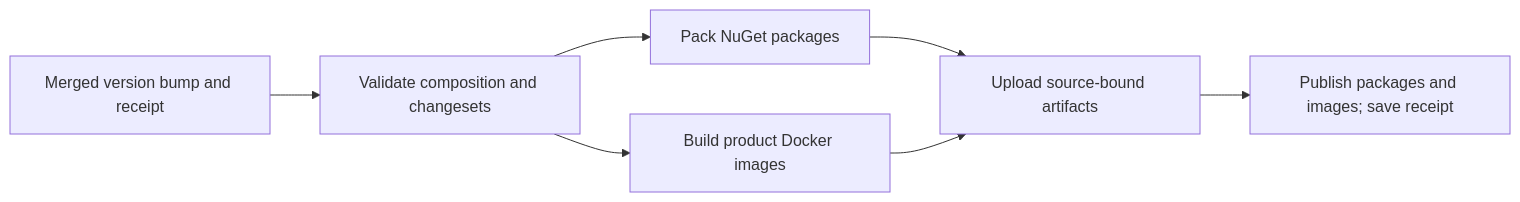
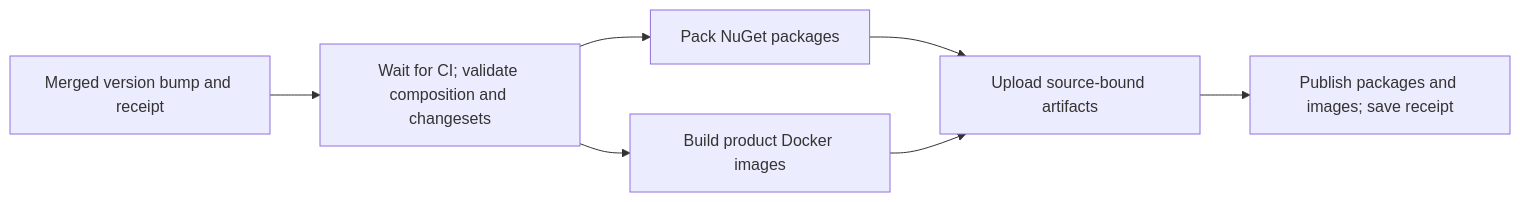
One commit to sabbour/agentweaver changed the first of 2 diagrams in releases/README.md. Above: the diagram before and after it, drawn with Mermaid. The commit also changed other lines of this file and 6 other files, not shown here.

````diff
--- a/releases/README.md
+++ b/releases/README.md
@@ -480,9 +482,9 @@
 ```mermaid
 flowchart LR
-  Bump["Merged version bump and receipt"] --> Validate["Validate composition and changesets"]
+  Bump["Merged version bump and receipt"] --> Validate["Wait for CI; validate composition and changesets"]
   Validate --> Packages["Pack NuGet packages"]
   Validate --> Images["Build product Docker images"]
   Packages --> Artifacts["Upload source-bound artifacts"]
   Images --> Artifacts
   Artifacts --> Publish["Publish packages and images; save receipt"]
 ```
````
